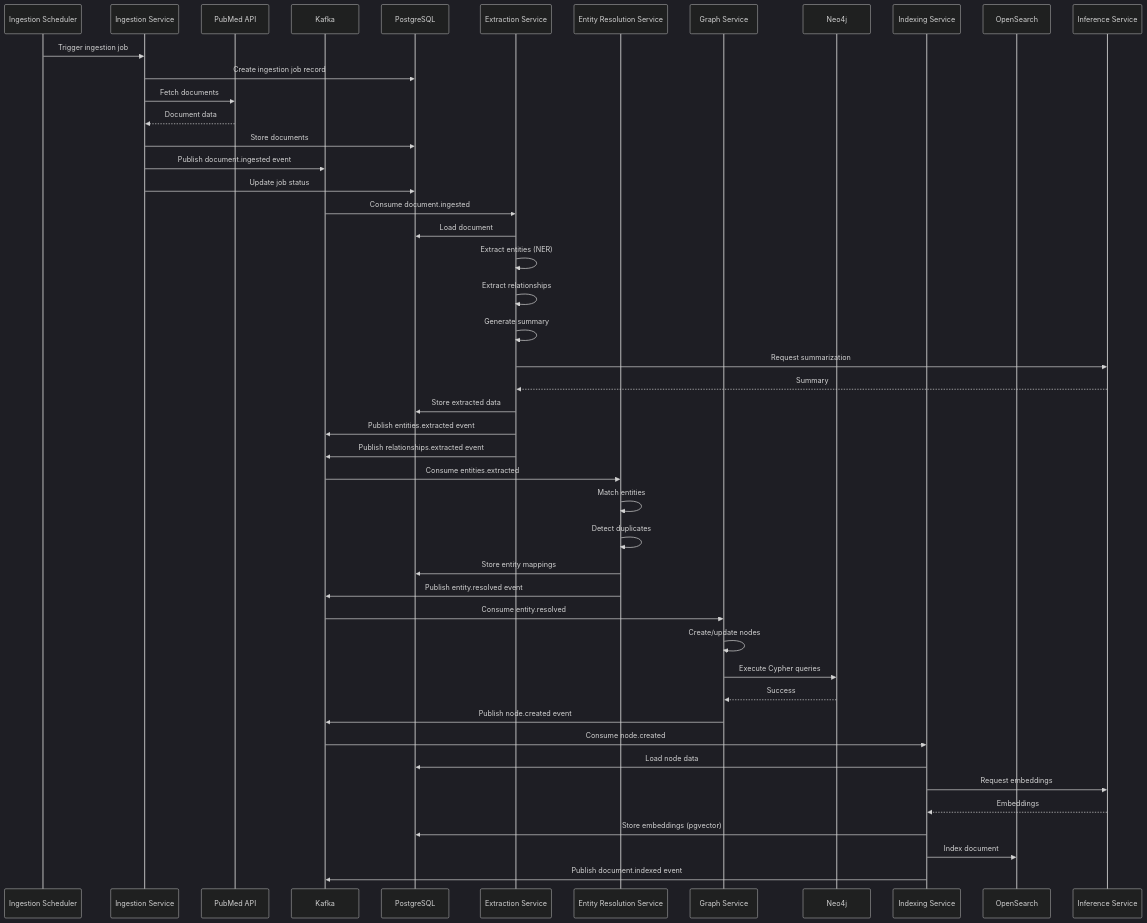
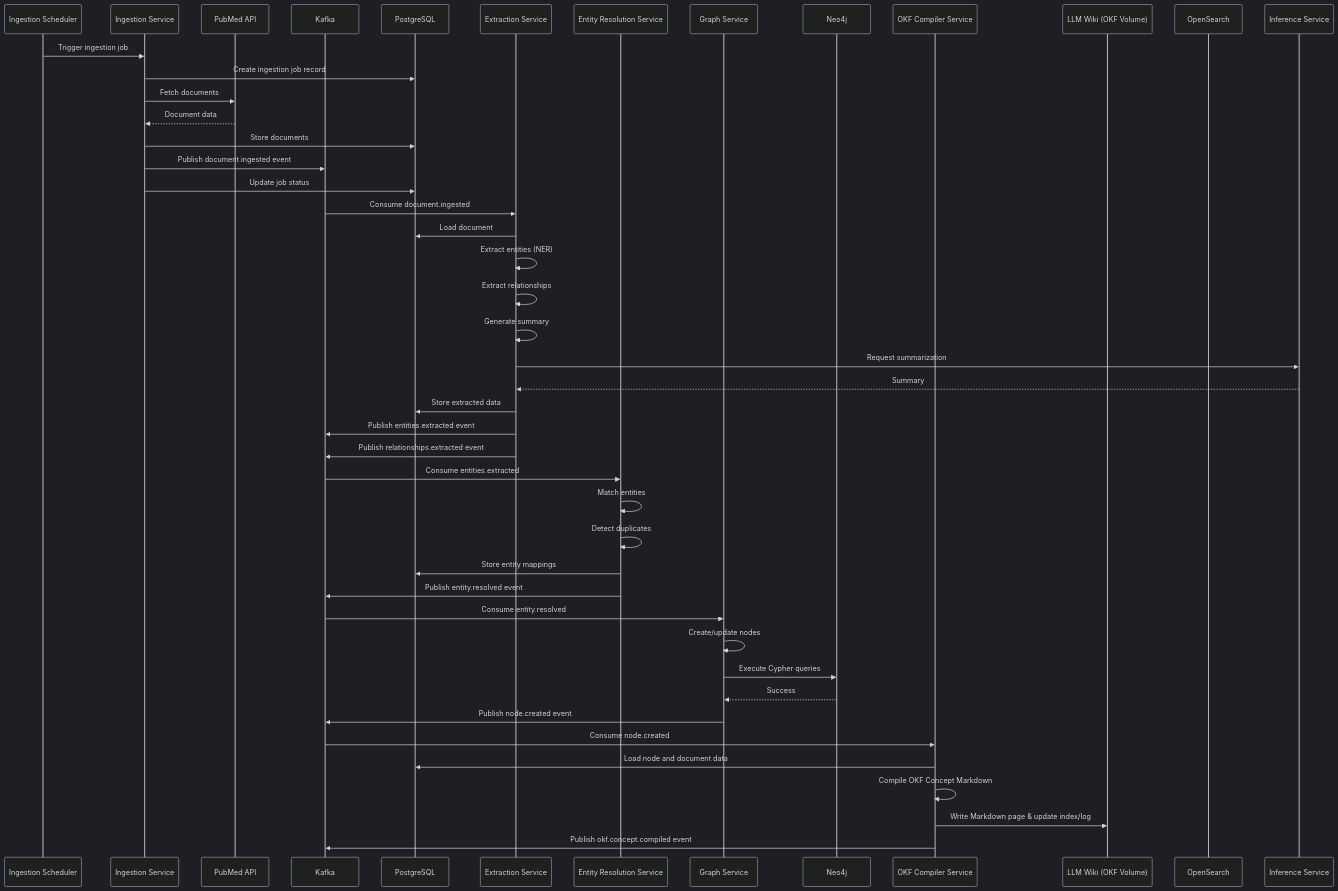
The third of 17 diagrams in architecture/10-sequence-diagrams.md (OpenHealthAgents/AI-RxOS), drawn with Mermaid (dark theme) before and after one commit. The commit also changed other lines of this file and 13 other files, not shown here.

Commit message:
docs: Migrate from PGVector to LLM Wiki (OKF/qmd) and integrate Better Auth across requirement documents & deployment diagrams

````diff
--- a/architecture/10-sequence-diagrams.md
+++ b/architecture/10-sequence-diagrams.md
@@ -50,54 +73,53 @@
 ```mermaid
 sequenceDiagram
     participant Scheduler as Ingestion Scheduler
     participant IngestionService as Ingestion Service
     participant PubMed as PubMed API
     participant Kafka as Kafka
     participant PostgreSQL as PostgreSQL
     participant ExtractionService as Extraction Service
     participant EntityResolution as Entity Resolution Service
     participant GraphService as Graph Service
     participant Neo4j as Neo4j
-    participant IndexingService as Indexing Service
+    participant OKFCompilerService as OKF Compiler Service
+    participant OKFWiki as LLM Wiki (OKF Volume)
     participant OpenSearch as OpenSearch
     participant InferenceService as Inference Service
     
     Scheduler->>IngestionService: Trigger ingestion job
     IngestionService->>PostgreSQL: Create ingestion job record
     IngestionService->>PubMed: Fetch documents
     PubMed-->>IngestionService: Document data
     IngestionService->>PostgreSQL: Store documents
     IngestionService->>Kafka: Publish document.ingested event
     IngestionService->>PostgreSQL: Update job status
     
     Kafka->>ExtractionService: Consume document.ingested
     ExtractionService->>PostgreSQL: Load document
     ExtractionService->>ExtractionService: Extract entities (NER)
     ExtractionService->>ExtractionService: Extract relationships
     ExtractionService->>ExtractionService: Generate summary
     ExtractionService->>InferenceService: Request summarization
     InferenceService-->>ExtractionService: Summary
     ExtractionService->>PostgreSQL: Store extracted data
     ExtractionService->>Kafka: Publish entities.extracted event
     ExtractionService->>Kafka: Publish relationships.extracted event
     
     Kafka->>EntityResolution: Consume entities.extracted
     EntityResolution->>EntityResolution: Match entities
     EntityResolution->>EntityResolution: Detect duplicates
     EntityResolution->>PostgreSQL: Store entity mappings
     EntityResolution->>Kafka: Publish entity.resolved event
     
     Kafka->>GraphService: Consume entity.resolved
     GraphService->>GraphService: Create/update nodes
     GraphService->>Neo4j: Execute Cypher queries
     Neo4j-->>GraphService: Success
     GraphService->>Kafka: Publish node.created event
     
-    Kafka->>IndexingService: Consume node.created
-    IndexingService->>PostgreSQL: Load node data
-    IndexingService->>InferenceService: Request embeddings
-    InferenceService-->>IndexingService: Embeddings
-    IndexingService->>PostgreSQL: Store embeddings (pgvector)
-    IndexingService->>OpenSearch: Index document
-    IndexingService->>Kafka: Publish document.indexed event
+    Kafka->>OKFCompilerService: Consume node.created
+    OKFCompilerService->>PostgreSQL: Load node and document data
+    OKFCompilerService->>OKFCompilerService: Compile OKF Concept Markdown
+    OKFCompilerService->>OKFWiki: Write Markdown page & update index/log
+    OKFCompilerService->>Kafka: Publish okf.concept.compiled event
 ```
````
